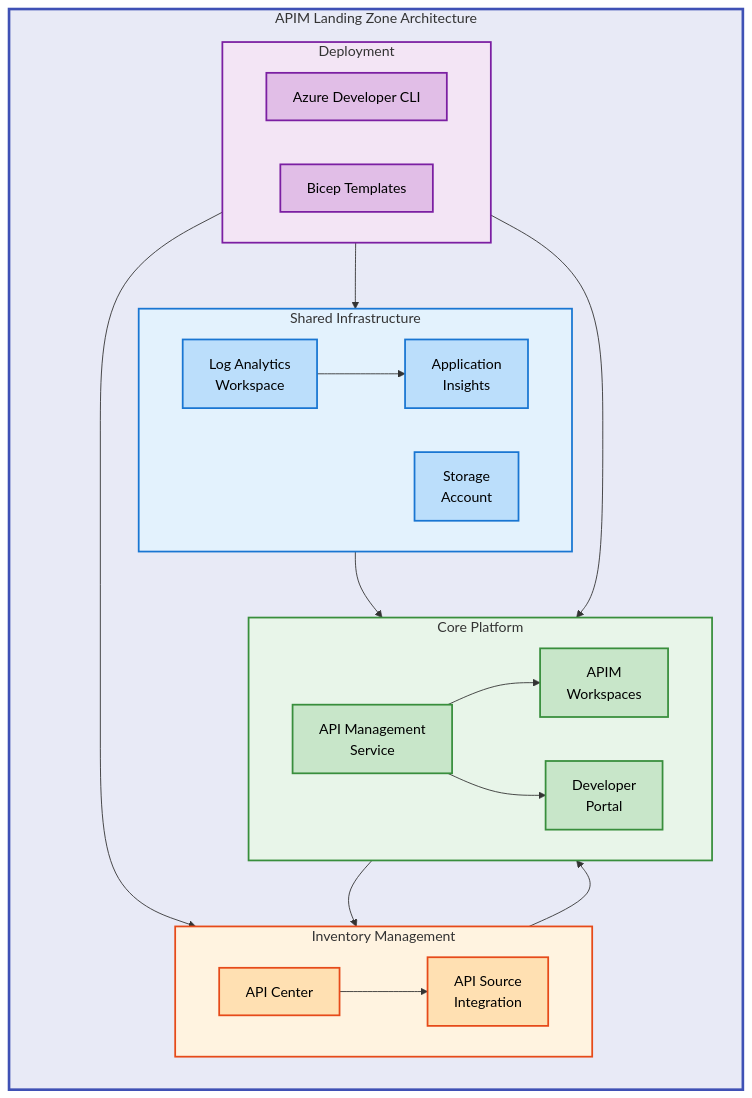
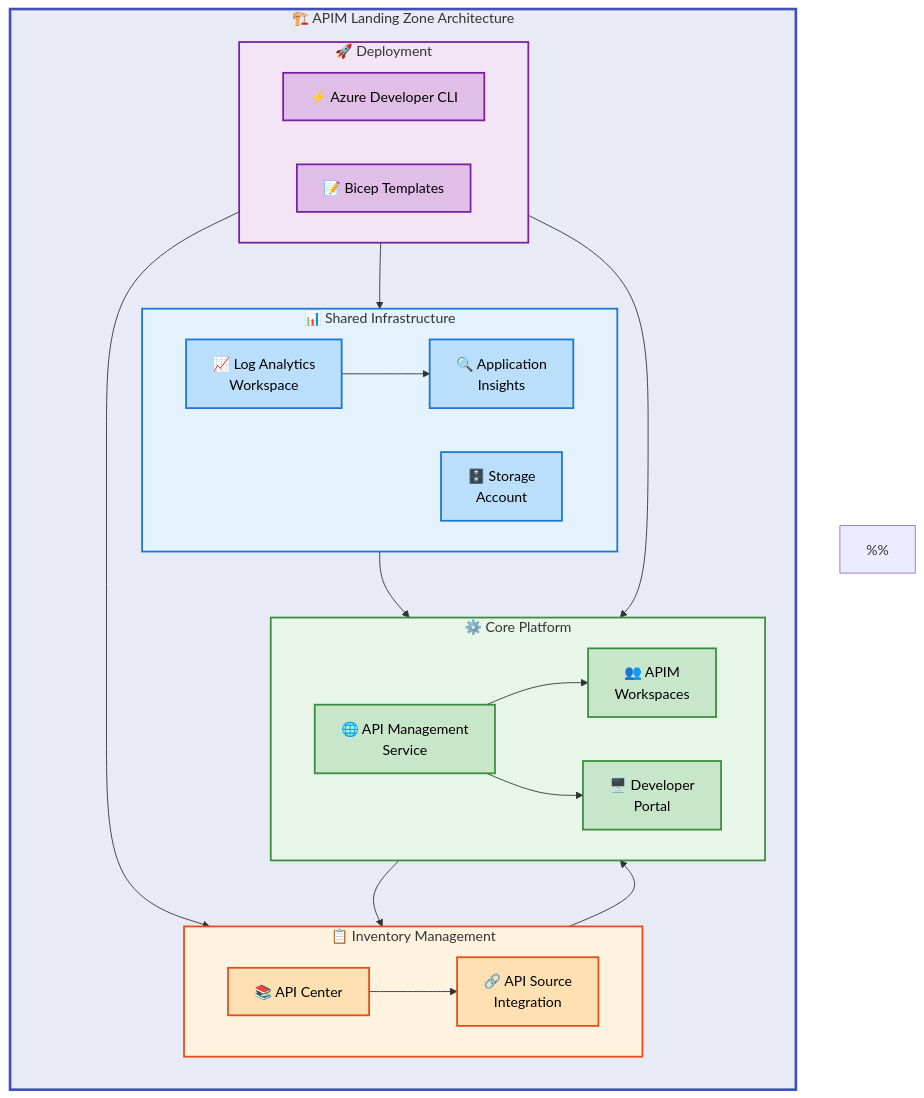
Before and after one commit to Evilazaro/APIM-Accelerator: the diagram in README.md, drawn with Mermaid.

Commit message:
Enhance flowchart in README.md with improved color scheme and semantic icons for better visual clarity

````diff
--- a/README.md
+++ b/README.md
@@ -36,57 +36,75 @@
 ```mermaid
 %%{init: {"flowchart": {"htmlLabels": false}} }%%
 flowchart TB
-    classDef mainGroup fill:#E8EAF6,stroke:#3F51B5,stroke-width:3px,color:#000
+    %% ============================================
+    %% COLOR SCHEME DOCUMENTATION
+    %% ============================================
+    %% Level 1 (Main Group): Indigo 50 (#E8EAF6)
+    %%   - system: Top-level architecture container
+    %%
+    %% Level 2 (Functional Layers): Semantic colors
+    %%   - shared: Blue (#E3F2FD) - Monitoring/Infrastructure
+    %%   - core: Green (#E8F5E9) - Platform Services
+    %%   - inventory: Orange (#FFF3E0) - Governance
+    %%   - deployment: Purple (#F3E5F5) - Tooling
+    %%
+    %% Content Nodes: Material Design semantic colors
+    %%   - mdBlue: Info/Monitoring components
+    %%   - mdGreen: Platform/Success components
+    %%   - mdOrange: Governance components
+    %%   - mdPurple: Tooling components
+    %% ============================================
+
     classDef mdBlue fill:#BBDEFB,stroke:#1976D2,stroke-width:2px,color:#000
     classDef mdGreen fill:#C8E6C9,stroke:#388E3C,stroke-width:2px,color:#000
     classDef mdOrange fill:#FFE0B2,stroke:#E64A19,stroke-width:2px,color:#000
     classDef mdPurple fill:#E1BEE7,stroke:#7B1FA2,stroke-width:2px,color:#000
 
-    subgraph system["APIM Landing Zone Architecture"]
+    subgraph system["🏗️ APIM Landing Zone Architecture"]
         direction TB
 
-        subgraph shared["Shared Infrastructure"]
+        subgraph shared["📊 Shared Infrastructure"]
             direction LR
-            logAnalytics["Log Analytics<br/>Workspace"]:::mdBlue
-            appInsights["Application<br/>Insights"]:::mdBlue
-            storage["Storage<br/>Account"]:::mdBlue
+            logAnalytics["📈 Log Analytics<br/>Workspace"]:::mdBlue
+            appInsights["🔍 Application<br/>Insights"]:::mdBlue
+            storage["🗄️ Storage<br/>Account"]:::mdBlue
         end
 
-        subgraph core["Core Platform"]
+        subgraph core["⚙️ Core Platform"]
             direction LR
-            apim["API Management<br/>Service"]:::mdGreen
-            workspaces["APIM<br/>Workspaces"]:::mdGreen
-            devPortal["Developer<br/>Portal"]:::mdGreen
+            apim["🌐 API Management<br/>Service"]:::mdGreen
+            workspaces["👥 APIM<br/>Workspaces"]:::mdGreen
+            devPortal["🖥️ Developer<br/>Portal"]:::mdGreen
         end
 
-        subgraph inventory["Inventory Management"]
+        subgraph inventory["📋 Inventory Management"]
             direction LR
-            apiCenter["API Center"]:::mdOrange
-            apiSource["API Source<br/>Integration"]:::mdOrange
+            apiCenter["📚 API Center"]:::mdOrange
+            apiSource["🔗 API Source<br/>Integration"]:::mdOrange
         end
 
-        subgraph deployment["Deployment"]
+        subgraph deployment["🚀 Deployment"]
             direction LR
-            azd["Azure Developer CLI"]:::mdPurple
-            bicep["Bicep Templates"]:::mdPurple
+            azd["⚡ Azure Developer CLI"]:::mdPurple
+            bicep["📝 Bicep Templates"]:::mdPurple
         end
 
         shared --> core
         core --> inventory
         deployment --> shared
         deployment --> core
         deployment --> inventory
 
         logAnalytics --> appInsights
         apim --> workspaces
         apim --> devPortal
         apiCenter --> apiSource
         apiSource --> apim
     end
 
     style system fill:#E8EAF6,stroke:#3F51B5,stroke-width:3px
     style shared fill:#E3F2FD,stroke:#1976D2,stroke-width:2px
     style core fill:#E8F5E9,stroke:#388E3C,stroke-width:2px
     style inventory fill:#FFF3E0,stroke:#E64A19,stroke-width:2px
     style deployment fill:#F3E5F5,stroke:#7B1FA2,stroke-width:2px
 ```
````
